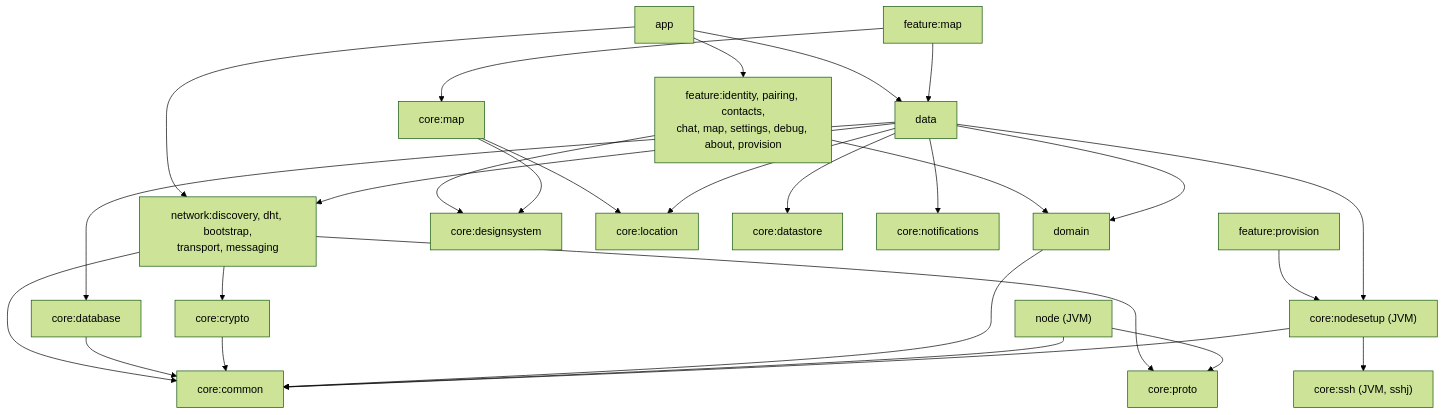
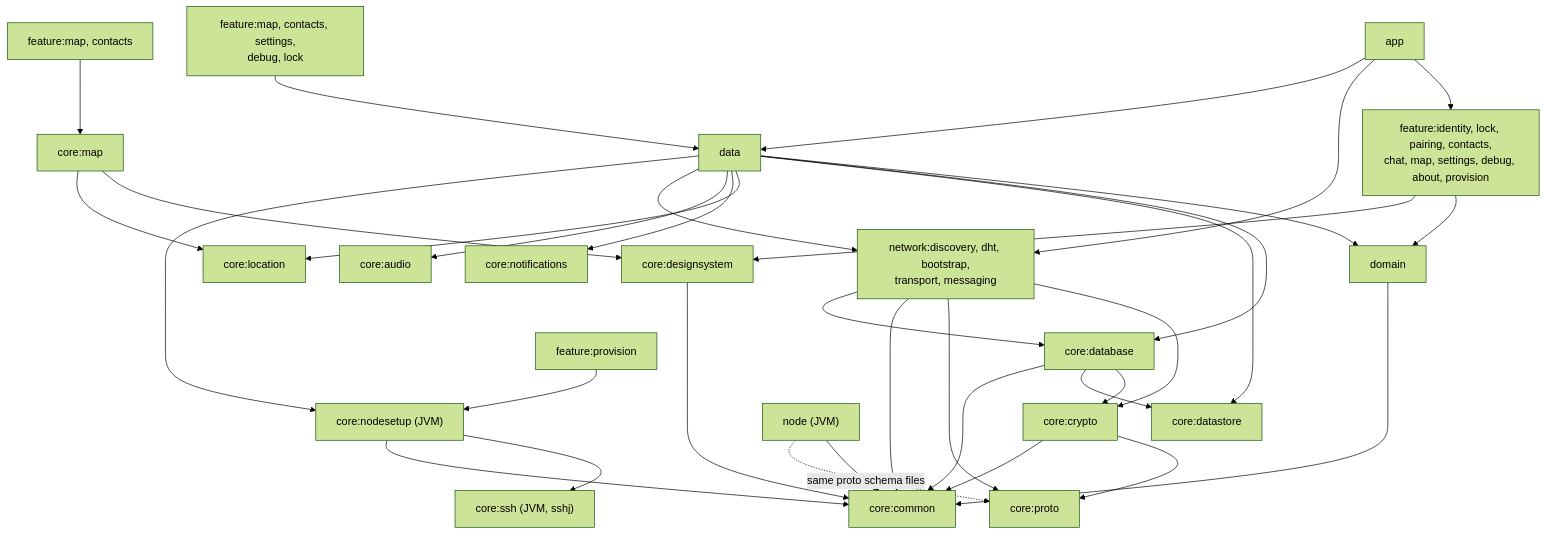
The third of 4 diagrams in docs/Architecture.md (0xAsghar/vMessenger), drawn with Mermaid (forest theme) before and after one commit. The commit also changed other lines of this file and 16 other files, not shown here.

````diff
--- a/docs/Architecture.md
+++ b/docs/Architecture.md
@@ -165,30 +165,36 @@
 ```mermaid
 flowchart TD
-  app["app"] --> features["feature:identity, pairing, contacts,<br/>chat, map, settings, debug, about, provision"]
+  app["app"] --> features["feature:identity, lock, pairing, contacts,<br/>chat, map, settings, debug, about, provision"]
   app --> network["network:discovery, dht, bootstrap,<br/>transport, messaging"]
   app --> coredata["data"]
   features --> domain["domain"]
   features --> designsystem["core:designsystem"]
-  featmap["feature:map"] --> coremap["core:map"]
-  featmap --> coredata
+  featdata["feature:map, contacts, settings,<br/>debug, lock"] --> coredata
+  featmap["feature:map, contacts"] --> coremap["core:map"]
   coremap --> designsystem
   coremap --> corelocation["core:location"]
   coredata --> domain
   coredata --> database["core:database"]
   coredata --> datastore["core:datastore"]
   coredata --> corelocation
   coredata --> notifications["core:notifications"]
+  coredata --> audio["core:audio"]
   coredata --> network
   network --> crypto["core:crypto"]
   network --> proto["core:proto"]
   network --> common["core:common"]
+  network --> database
+  database --> crypto
+  database --> datastore
   database --> common
+  crypto --> proto
   crypto --> common
+  designsystem --> common
   domain --> common
-  node["node (JVM)"] --> proto
-  node --> common
+  node["node (JVM)"] --> common
+  node -.->|same proto schema files| proto
   featprov["feature:provision"] --> nodesetup["core:nodesetup (JVM)"]
   coredata --> nodesetup
   nodesetup --> ssh["core:ssh (JVM, sshj)"]
   nodesetup --> common
 ```
````
